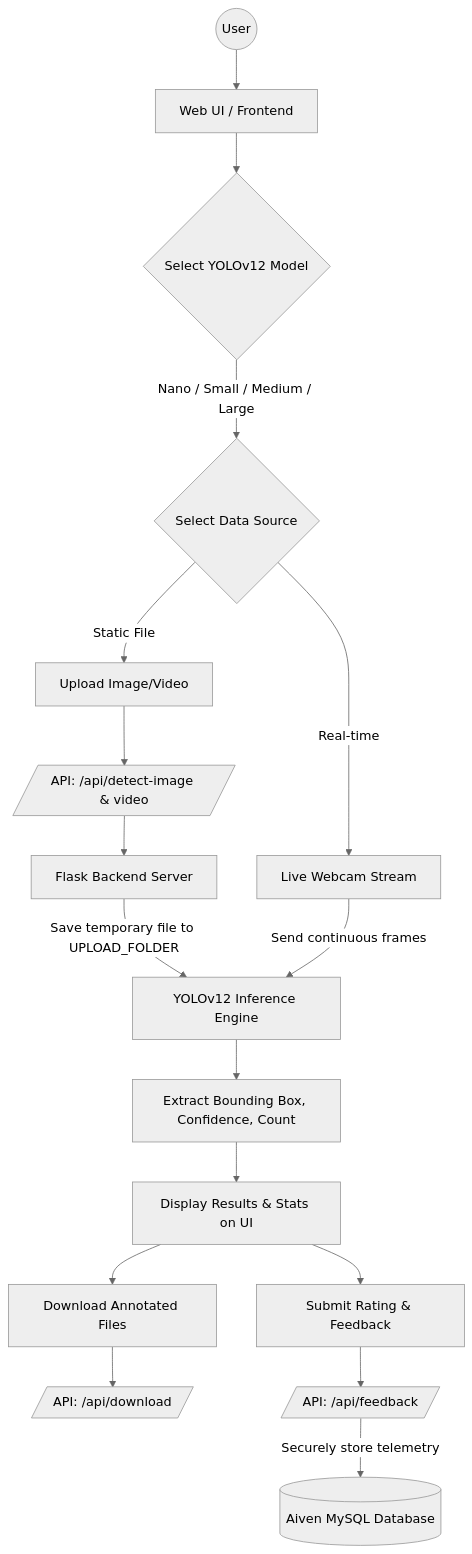
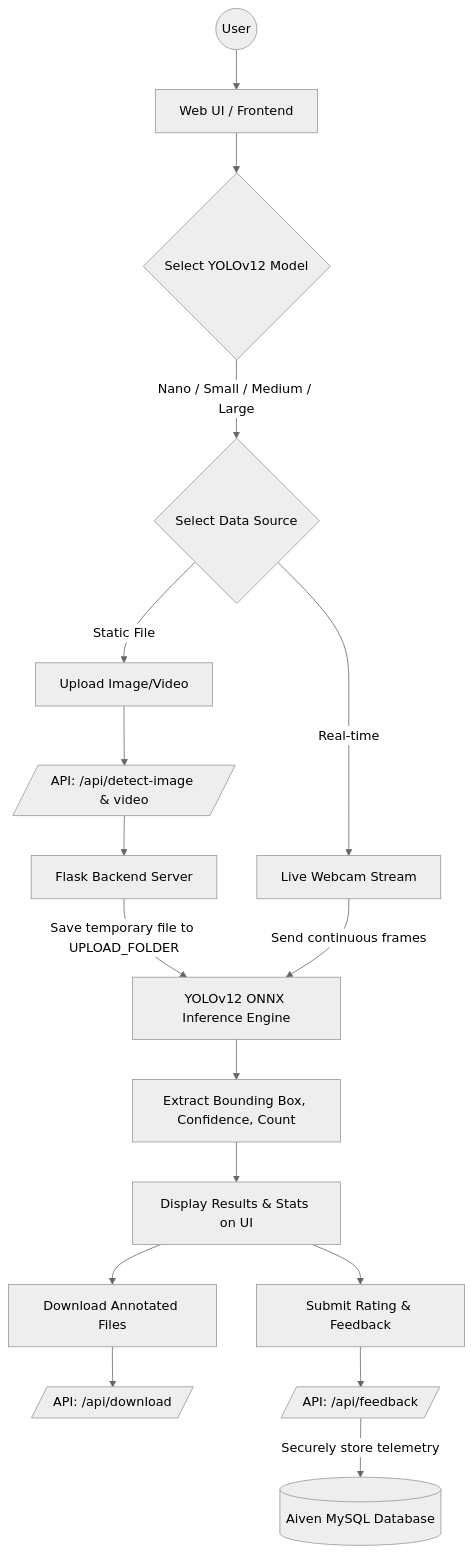
Before and after one commit to RevDra/human-face-detection: the diagram in README.md, drawn with Mermaid (neutral theme). The commit also changed other lines of this file, not shown here.

First line of the commit message:
Revise README for YOLOv12 ONNX Runtime integration

````diff
--- a/README.md
+++ b/README.md
@@ -47,53 +47,54 @@
 ```mermaid
 graph TD
     %% Define Nodes
     User((User))
     UI[Web UI / Frontend]
     ModelSelection{Select YOLOv12 Model}
     InputSelect{Select Data Source}
     
     %% Data Sources
     Upload[Upload Image/Video]
     Webcam[Live Webcam Stream]
     
     %% Backend & API
     API_Detect[/API: /api/detect-image & video/]
     FlaskBackend[Flask Backend Server]
-    YOLO_Engine[YOLOv12 Inference Engine]
+    YOLO_Engine[YOLOv12 ONNX Inference Engine]
     
     %% Results & Post-processing
     Results[Extract Bounding Box, Confidence, Count]
     Display[Display Results & Stats on UI]
     
     %% Actions & Telemetry
     Action_Download[Download Annotated Files]
     Action_Feedback[Submit Rating & Feedback]
     API_Download[/API: /api/download/]
     API_Feedback[/API: /api/feedback/]
     DB[(Aiven MySQL Database)]
 
     %% Edges (Flow)
     User --> UI
     UI --> ModelSelection
     ModelSelection -->|Nano / Small / Medium / Large| InputSelect
     
     InputSelect -->|Static File| Upload
     InputSelect -->|Real-time| Webcam
     
     Upload --> API_Detect
     API_Detect --> FlaskBackend
     FlaskBackend --> |Save temporary file to UPLOAD_FOLDER| YOLO_Engine
     
     Webcam --> |Send continuous frames| YOLO_Engine
     
     YOLO_Engine --> Results
     Results --> Display
     
     Display --> Action_Download
     Display --> Action_Feedback
     
     Action_Download --> API_Download
     Action_Feedback --> API_Feedback
     
     API_Feedback --> |Securely store telemetry| DB
+
 ```
````
